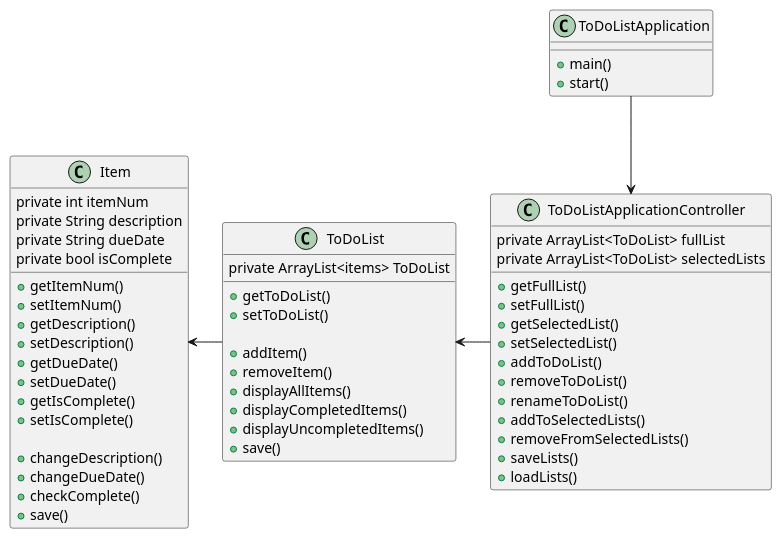
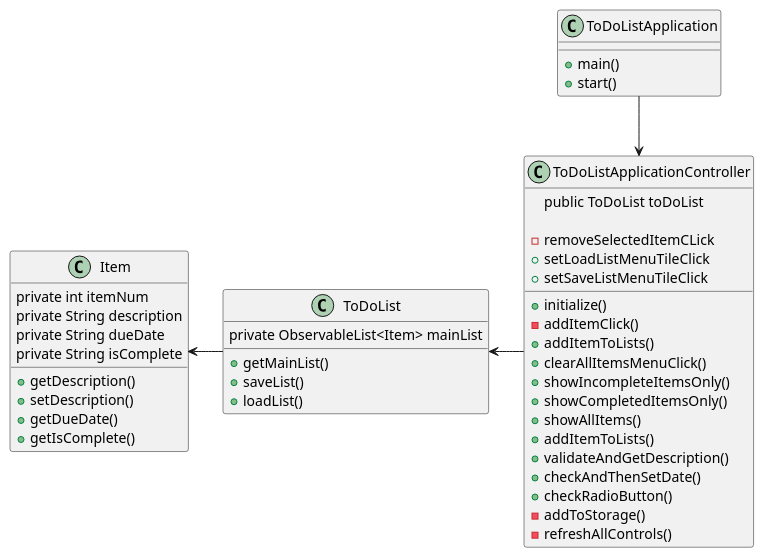
Before and after one commit to airick17/heston-app1-imp1: the diagram in toDoListApplication/docs/toDoListUML.puml, drawn with PlantUML. The commit also changed 2 other files, not shown here.

Commit message:
UML good to go

```diff
--- a/toDoListApplication/docs/toDoListUML.puml
+++ b/toDoListApplication/docs/toDoListUML.puml
@@ -1,67 +1,55 @@
 @startuml
 'https://plantuml.com/class-diagram
 
 class ToDoListApplication{
 +main()
 +start()
 }
 
 ToDoListApplication --> ToDoListApplicationController
 
 class ToDoListApplicationController{
-private ArrayList<ToDoList> fullList
-private ArrayList<ToDoList> selectedLists
+public ToDoList toDoList
 
-+getFullList()
-+setFullList()
-+getSelectedList()
-+setSelectedList()
-+addToDoList()
-+removeToDoList()
-+renameToDoList()
-+addToSelectedLists()
-+removeFromSelectedLists()
-+saveLists()
-+loadLists()
++initialize()
+-addItemClick()
++addItemToLists()
+-removeSelectedItemCLick
++setLoadListMenuTileClick
++setSaveListMenuTileClick
++clearAllItemsMenuClick()
++showIncompleteItemsOnly()
++showCompletedItemsOnly()
++showAllItems()
++addItemToLists()
++validateAndGetDescription()
++checkAndThenSetDate()
++checkRadioButton()
+-addToStorage()
+-refreshAllControls()
 }
 
 ToDoList <- ToDoListApplicationController
 
 class ToDoList{
-private ArrayList<items> ToDoList
+private ObservableList<Item> mainList
 
-+getToDoList()
-+setToDoList()
-
-+addItem()
-+removeItem()
-+displayAllItems()
-+displayCompletedItems()
-+displayUncompletedItems()
-+save()
++getMainList()
++saveList()
++loadList()
 }
 
 Item <- ToDoList
 
 class Item{
 private int itemNum
 private String description
 private String dueDate
-private bool isComplete
+private String isComplete
 
-+getItemNum()
-+setItemNum()
 +getDescription()
 +setDescription()
 +getDueDate()
-+setDueDate()
 +getIsComplete()
-+setIsComplete()
-
-+changeDescription()
-+changeDueDate()
-+checkComplete()
-+save()
-
 }
 @enduml
```
